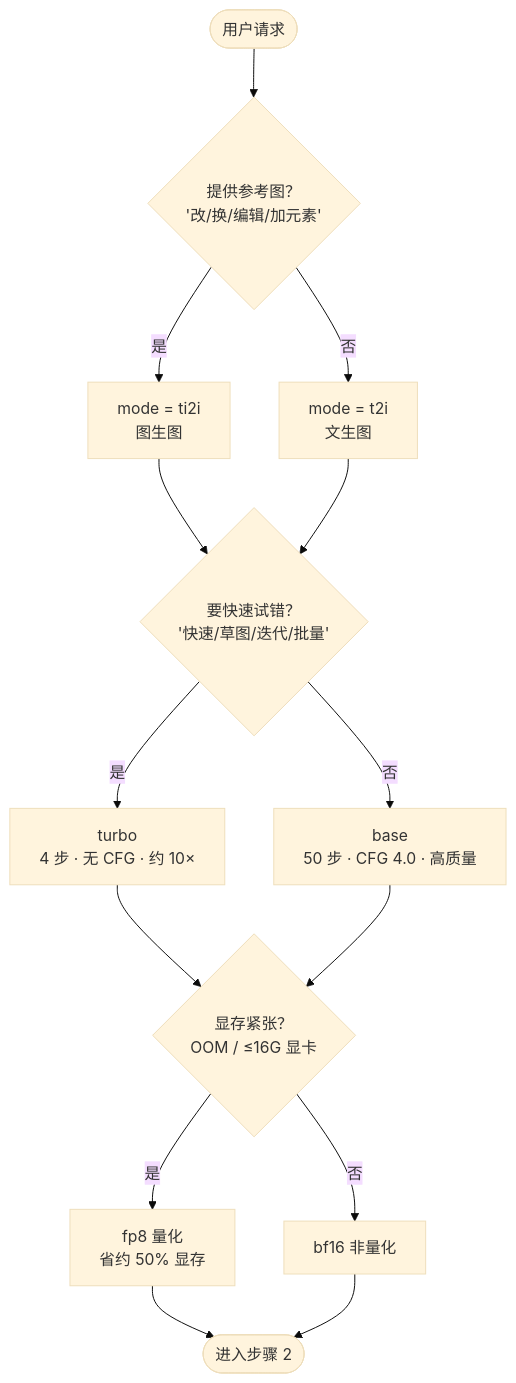
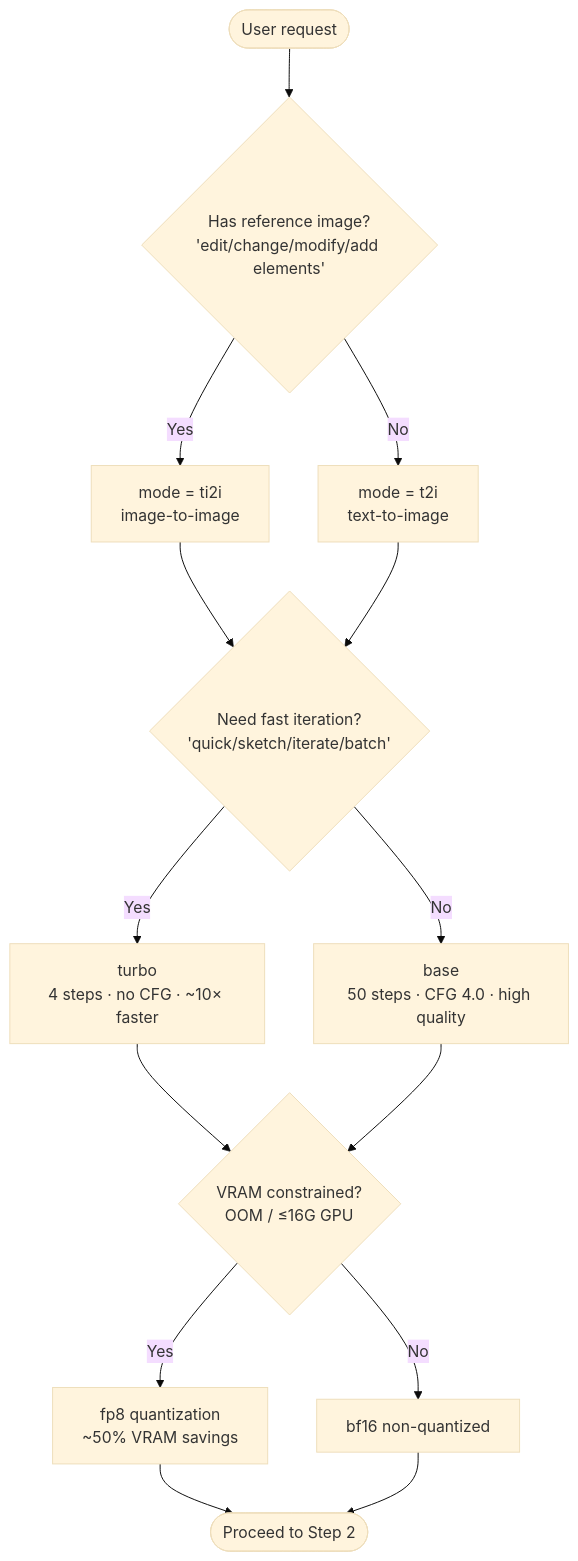
Before and after one commit to Kirky-X/wudaozi: the second of 2 diagrams in SKILL.md, drawn with Mermaid (base theme). The commit also changed other lines of this file and 5 other files, not shown here.

````diff
--- a/SKILL.md
+++ b/SKILL.md
@@ -92,16 +92,16 @@
 ```mermaid
 flowchart TD
-    Start(["用户请求"]) --> Q1{"提供参考图？<br/>'改/换/编辑/加元素'"}
-    Q1 -- 是 --> TI2I["mode = ti2i<br/>图生图"]
-    Q1 -- 否 --> T2I["mode = t2i<br/>文生图"]
-    TI2I --> Q2{"要快速试错？<br/>'快速/草图/迭代/批量'"}
+    Start(["User request"]) --> Q1{"Has reference image?<br/>'edit/change/modify/add elements'"}
+    Q1 -- Yes --> TI2I["mode = ti2i<br/>image-to-image"]
+    Q1 -- No --> T2I["mode = t2i<br/>text-to-image"]
+    TI2I --> Q2{"Need fast iteration?<br/>'quick/sketch/iterate/batch'"}
     T2I --> Q2
-    Q2 -- 是 --> TURBO["turbo<br/>4 步 · 无 CFG · 约 10×"]
-    Q2 -- 否 --> BASE["base<br/>50 步 · CFG 4.0 · 高质量"]
-    TURBO --> Q3{"显存紧张？<br/>OOM / ≤16G 显卡"}
+    Q2 -- Yes --> TURBO["turbo<br/>4 steps · no CFG · ~10× faster"]
+    Q2 -- No --> BASE["base<br/>50 steps · CFG 4.0 · high quality"]
+    TURBO --> Q3{"VRAM constrained?<br/>OOM / ≤16G GPU"}
     BASE --> Q3
-    Q3 -- 是 --> FP8["fp8 量化<br/>省约 50% 显存"]
-    Q3 -- 否 --> BF16["bf16 非量化"]
-    FP8 --> Final(["进入步骤 2"])
+    Q3 -- Yes --> FP8["fp8 quantization<br/>~50% VRAM savings"]
+    Q3 -- No --> BF16["bf16 non-quantized"]
+    FP8 --> Final(["Proceed to Step 2"])
     BF16 --> Final
 ```
````
